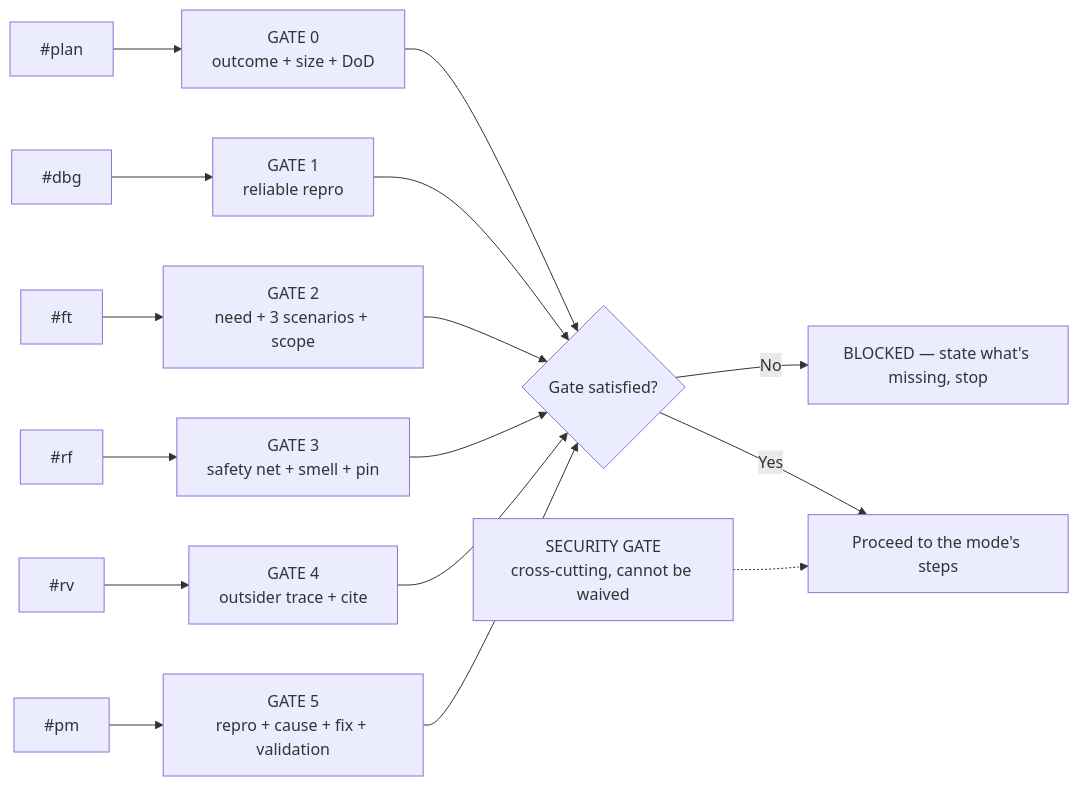
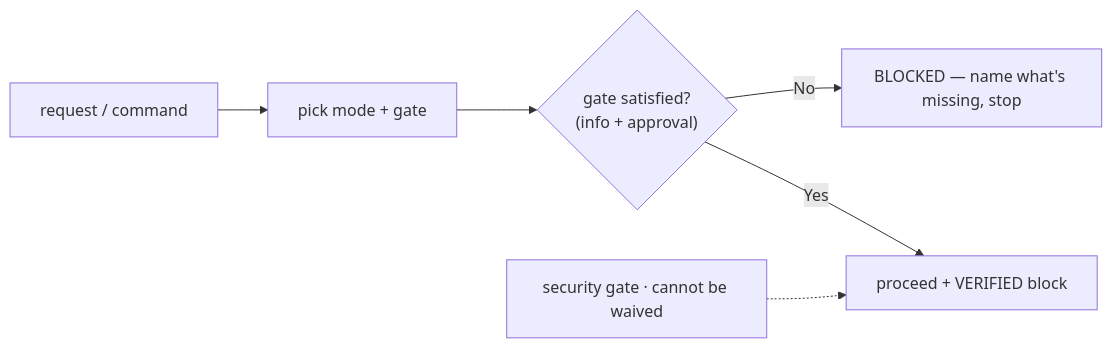
Before and after one commit to Kamisadev/ppdevskill: the first of 2 diagrams in README.md, drawn with Mermaid. The commit also changed other lines of this file and 1 other file, not shown here.

````diff
--- a/README.md
+++ b/README.md
@@ -65,18 +43,8 @@
 ```mermaid
 flowchart LR
-    PLAN["#plan"] --> G0["GATE 0<br/>outcome + size + DoD"]
-    DBG["#dbg"] --> G1["GATE 1<br/>reliable repro"]
-    FT["#ft"] --> G2["GATE 2<br/>need + 3 scenarios + scope"]
-    RF["#rf"] --> G3["GATE 3<br/>safety net + smell + pin"]
-    RV["#rv"] --> G4["GATE 4<br/>outsider trace + cite"]
-    PM["#pm"] --> G5["GATE 5<br/>repro + cause + fix + validation"]
-    G0 --> D{Gate satisfied?}
-    G1 --> D
-    G2 --> D
-    G3 --> D
-    G4 --> D
-    G5 --> D
-    D -->|No| B["BLOCKED — state what's missing, stop"]
-    D -->|Yes| P["Proceed to the mode's steps"]
-    SEC["SECURITY GATE<br/>cross-cutting, cannot be waived"] -.-> P
+    REQ["request / command"] --> ROUTE["pick mode + gate"]
+    ROUTE --> G{"gate satisfied?<br/>(info + approval)"}
+    G -->|No| B["BLOCKED — name what's missing, stop"]
+    G -->|Yes| P["proceed + VERIFIED block"]
+    SEC["security gate · cannot be waived"] -.-> P
 ```
````
